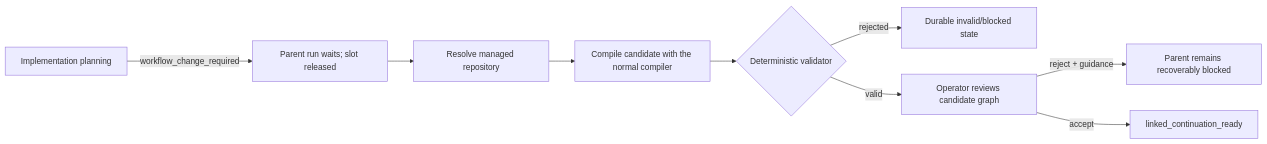
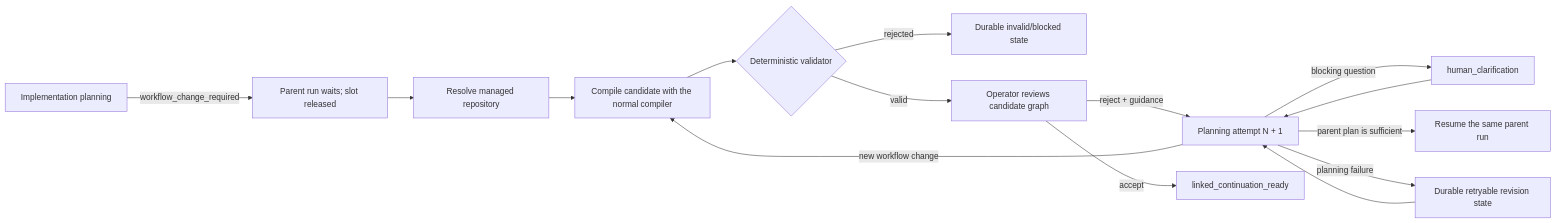
One commit to Muslik/tasker changed the diagram in docs/codex/m2.2-workflow-continuation.md. Above: the diagram before and after it, drawn with Mermaid. The commit also changed other lines of this file and 12 other files, not shown here.

````diff
--- a/docs/codex/m2.2-workflow-continuation.md
+++ b/docs/codex/m2.2-workflow-continuation.md
@@ -11,11 +11,17 @@
 ```mermaid
 flowchart LR
   P["Implementation planning"] -->|"workflow_change_required"| W["Parent run waits; slot released"]
   W --> R["Resolve managed repository"]
   R --> C["Compile candidate with the normal compiler"]
   C --> V{"Deterministic validator"}
   V -->|"rejected"| B["Durable invalid/blocked state"]
   V -->|"valid"| H["Operator reviews candidate graph"]
-  H -->|"reject + guidance"| X["Parent remains recoverably blocked"]
+  H -->|"reject + guidance"| P2["Planning attempt N + 1"]
+  P2 -->|"new workflow change"| C
+  P2 -->|"blocking question"| Q["human_clarification"]
+  Q --> P2
+  P2 -->|"parent plan is sufficient"| E["Resume the same parent run"]
+  P2 -->|"planning failure"| F["Durable retryable revision state"]
+  F --> P2
   H -->|"accept"| L["linked_continuation_ready"]
 ```
````
